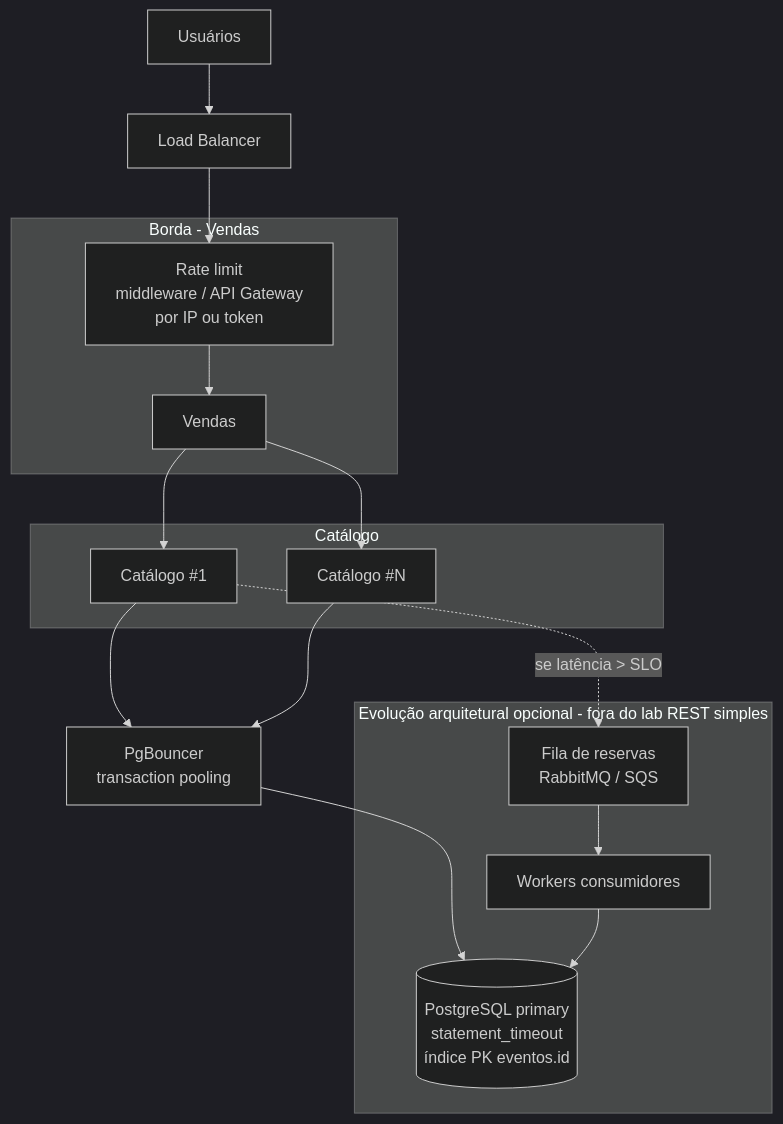
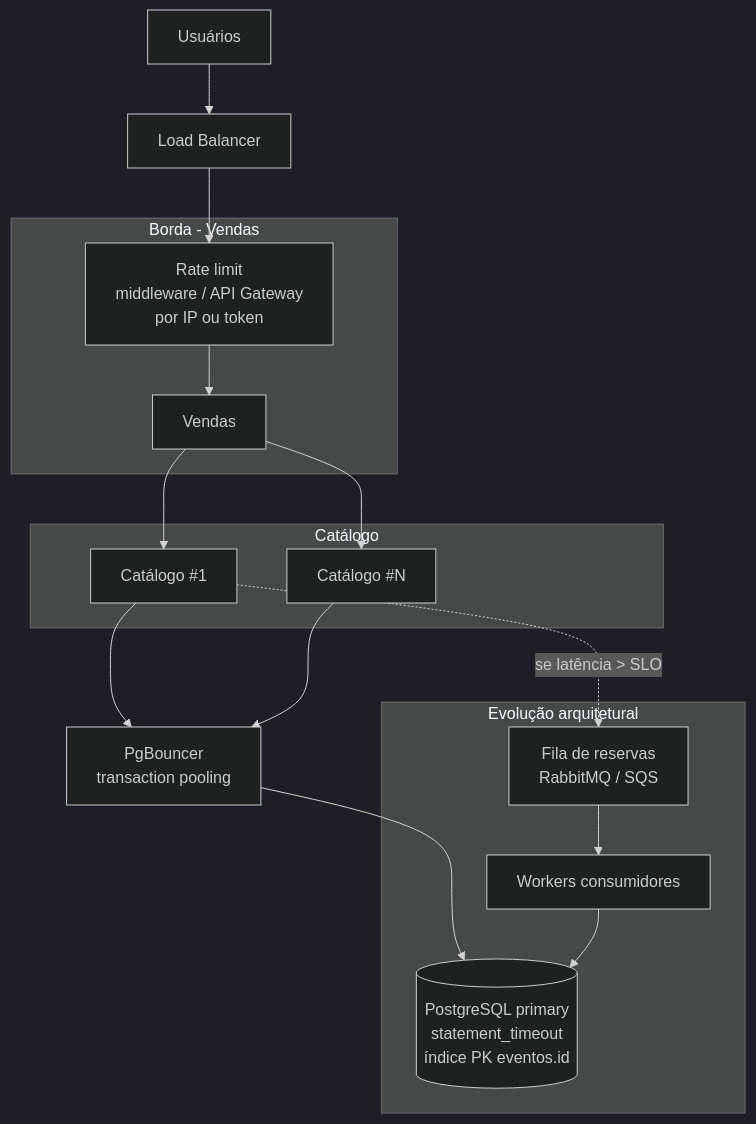
The first of 2 diagrams in docs/diagrams/09-escala-nivel-3-escrita-catalogo.md (andersonlmarchi/arq-tickets), drawn with Mermaid (dark theme) before and after one commit. The commit also changed other lines of this file, not shown here.

````diff
--- a/docs/diagrams/09-escala-nivel-3-escrita-catalogo.md
+++ b/docs/diagrams/09-escala-nivel-3-escrita-catalogo.md
@@ -5,30 +5,30 @@
 ```mermaid
 flowchart TB
     U[Usuários]
     LB[Load Balancer]
 
     subgraph Edge["Borda - Vendas"]
         VS1[Vendas]
         RL[Rate limit<br/>middleware / API Gateway<br/>por IP ou token]
     end
 
     subgraph Catalog["Catálogo"]
         CS1[Catálogo #1]
         CS2[Catálogo #N]
     end
 
     POOL[PgBouncer<br/>transaction pooling]
     PG[(PostgreSQL primary<br/>statement_timeout<br/>índice PK eventos.id)]
 
     U --> LB --> RL --> VS1
     VS1 --> CS1 & CS2
     CS1 & CS2 --> POOL --> PG
 
-    subgraph Opcional["Evolução arquitetural opcional - fora do lab REST simples"]
+    subgraph Opcional[Evolução arquitetural]
         Q[Fila de reservas<br/>RabbitMQ / SQS]
         WORKER[Workers consumidores]
         Q --> WORKER --> PG
     end
 
     CS1 -.->|se latência > SLO| Q
 ```
````
